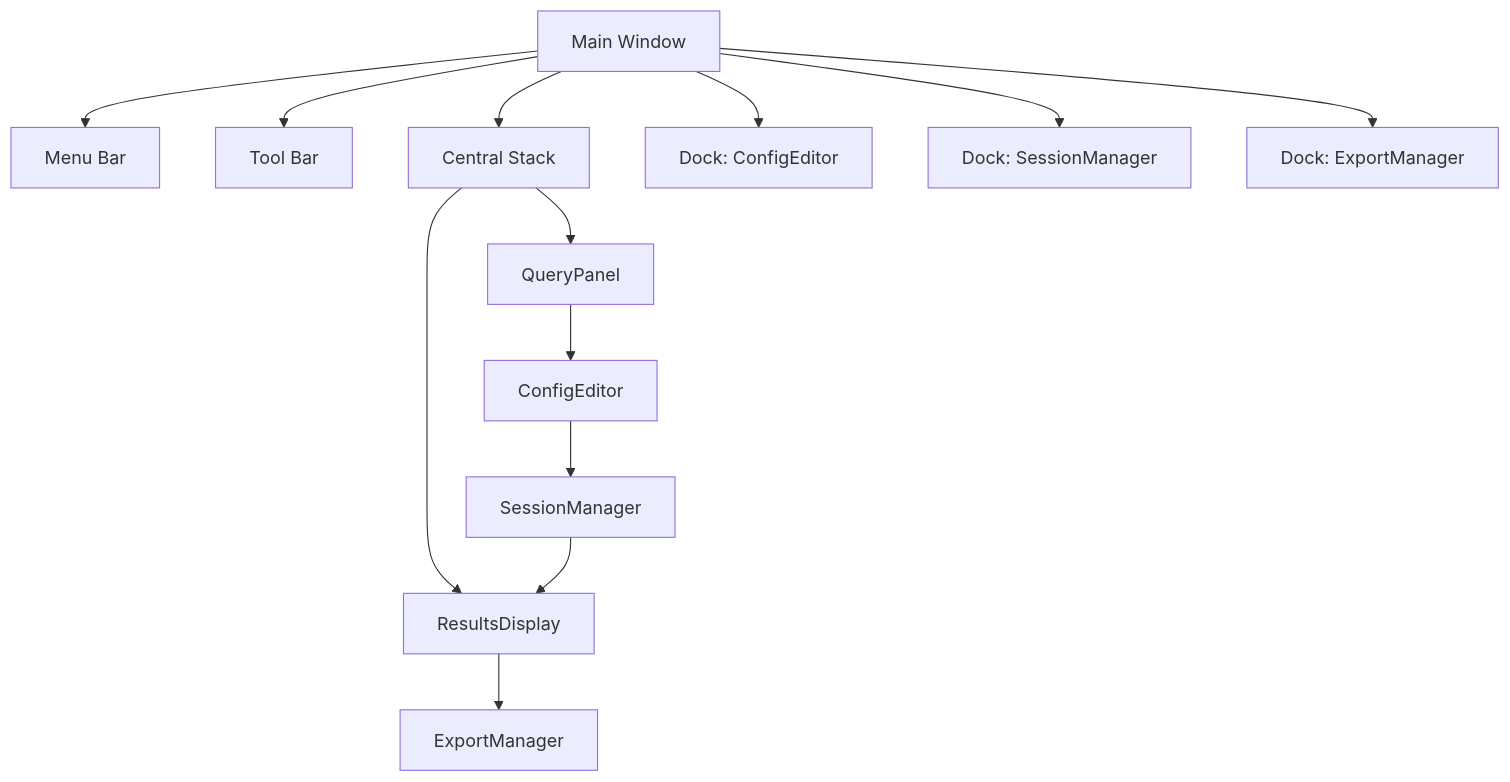
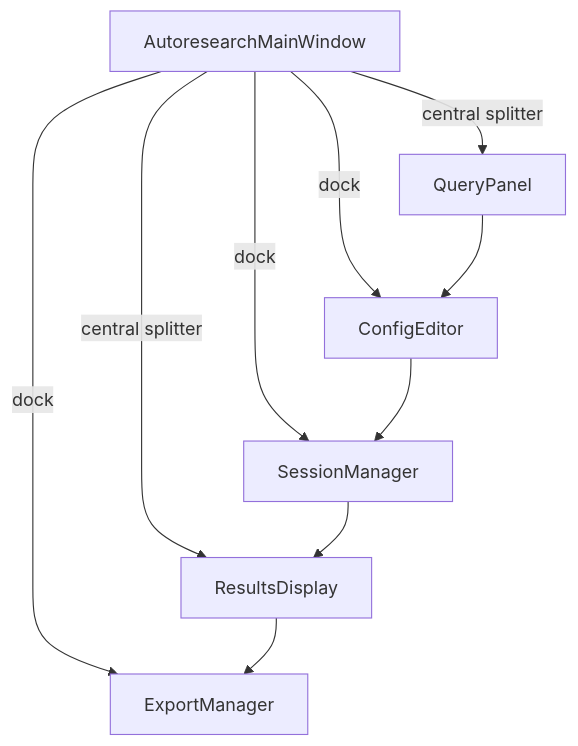
One commit to ravenoak/autoresearch changed the first of 2 diagrams in docs/diagrams/pyside6_layout.md. Above: the diagram before and after it, drawn with Mermaid. The commit also changed other lines of this file, not shown here.

Commit message:
docs: refresh PySide6 layout diagrams

````diff
--- a/docs/diagrams/pyside6_layout.md
+++ b/docs/diagrams/pyside6_layout.md
@@ -6,25 +6,20 @@
 ```mermaid
 graph TD
-    MainWindow[Main Window]
-    MenuBar[Menu Bar]
-    ToolBar[Tool Bar]
-    CentralStack[Central Stack]
-    ConfigDock[Dock: ConfigEditor]
-    SessionDock[Dock: SessionManager]
-    ExportDock[Dock: ExportManager]
+    AutoresearchMainWindow[AutoresearchMainWindow]
+    QueryPanel[QueryPanel]
+    ResultsDisplay[ResultsDisplay]
+    ConfigEditor[ConfigEditor]
+    SessionManager[SessionManager]
+    ExportManager[ExportManager]
 
-    MainWindow --> MenuBar
-    MainWindow --> ToolBar
-    MainWindow --> CentralStack
-    MainWindow --> ConfigDock
-    MainWindow --> SessionDock
-    MainWindow --> ExportDock
+    AutoresearchMainWindow -->|central splitter| QueryPanel
+    AutoresearchMainWindow -->|central splitter| ResultsDisplay
+    AutoresearchMainWindow -->|dock| ConfigEditor
+    AutoresearchMainWindow -->|dock| SessionManager
+    AutoresearchMainWindow -->|dock| ExportManager
 
-    CentralStack --> QueryPanel[QueryPanel]
-    CentralStack --> ResultsDisplay[ResultsDisplay]
-
-    QueryPanel --> ConfigEditor[ConfigEditor]
-    ConfigEditor --> SessionManager[SessionManager]
+    QueryPanel --> ConfigEditor
+    ConfigEditor --> SessionManager
     SessionManager --> ResultsDisplay
-    ResultsDisplay --> ExportManager[ExportManager]
+    ResultsDisplay --> ExportManager
 ```
````
